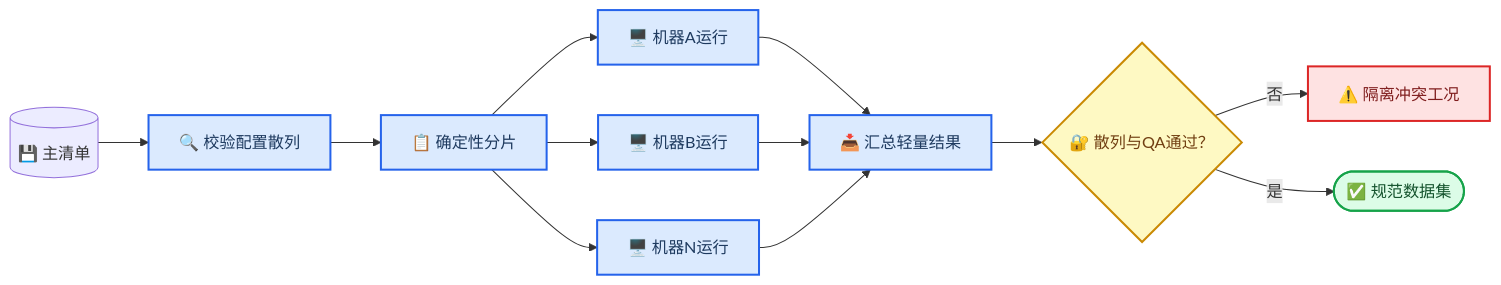
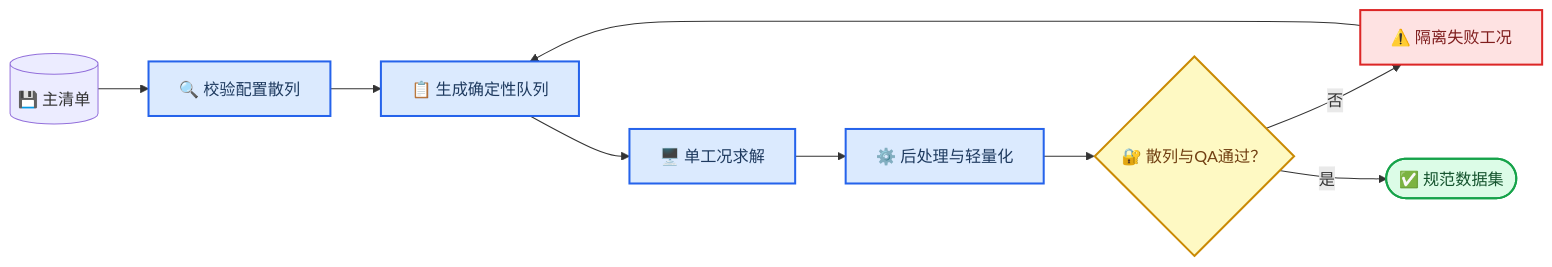
The third of 3 diagrams in docs/计划文档/第四章参数分析与第六章机器学习工况指导计划.md (joyjoyfresh/AbqScripts), drawn with Mermaid before and after one commit. The commit also changed other lines of this file and 15 other files, not shown here.

````diff
--- a/docs/计划文档/第四章参数分析与第六章机器学习工况指导计划.md
+++ b/docs/计划文档/第四章参数分析与第六章机器学习工况指导计划.md
@@ -696,27 +722,24 @@
 ```mermaid
 flowchart LR
-    accTitle: Multi Machine Simulation Workflow
-    accDescr: One immutable master manifest is validated, split into deterministic shards, executed on calibrated machines, and merged only after hash and quality checks.
+    accTitle: Single Machine Simulation Workflow
+    accDescr: One immutable manifest feeds a deterministic single-machine queue; each case is processed and admitted to the canonical dataset only after hash and quality checks.
 
     master_manifest[(💾 主清单)] --> validate_manifest[🔍 校验配置散列]
-    validate_manifest --> split_shards[📋 确定性分片]
-    split_shards --> machine_a[🖥️ 机器A运行]
-    split_shards --> machine_b[🖥️ 机器B运行]
-    split_shards --> machine_n[🖥️ 机器N运行]
-    machine_a --> collect_results[📥 汇总轻量结果]
-    machine_b --> collect_results
-    machine_n --> collect_results
-    collect_results --> merge_gate{🔐 散列与QA通过？}
-    merge_gate -->|否| quarantine[⚠️ 隔离冲突工况]
+    validate_manifest --> run_queue[📋 生成确定性队列]
+    run_queue --> solve_case[🖥️ 单工况求解]
+    solve_case --> process_case[⚙️ 后处理与轻量化]
+    process_case --> merge_gate{🔐 散列与QA通过？}
+    merge_gate -->|否| quarantine[⚠️ 隔离失败工况]
+    quarantine --> run_queue
     merge_gate -->|是| canonical_store([✅ 规范数据集])
 
     classDef process fill:#dbeafe,stroke:#2563eb,stroke-width:2px,color:#1e3a5f
     classDef decision fill:#fef9c3,stroke:#ca8a04,stroke-width:2px,color:#713f12
     classDef success fill:#dcfce7,stroke:#16a34a,stroke-width:2px,color:#14532d
     classDef warning fill:#fee2e2,stroke:#dc2626,stroke-width:2px,color:#7f1d1d
 
-    class validate_manifest,split_shards,machine_a,machine_b,machine_n,collect_results process
+    class validate_manifest,run_queue,solve_case,process_case process
     class merge_gate decision
     class canonical_store success
     class quarantine warning
 ```
````
